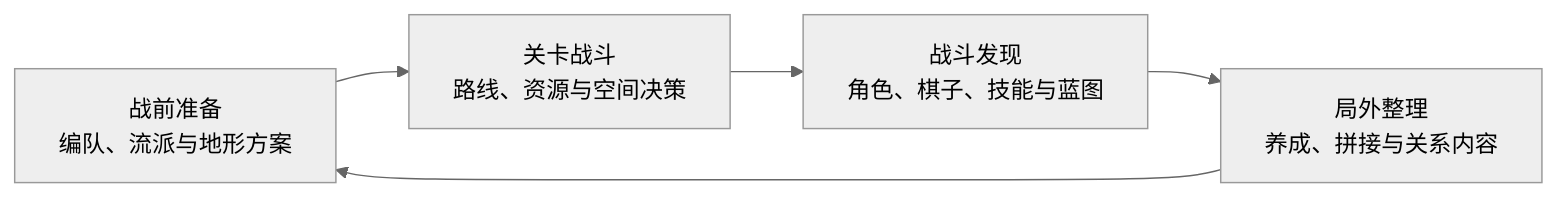
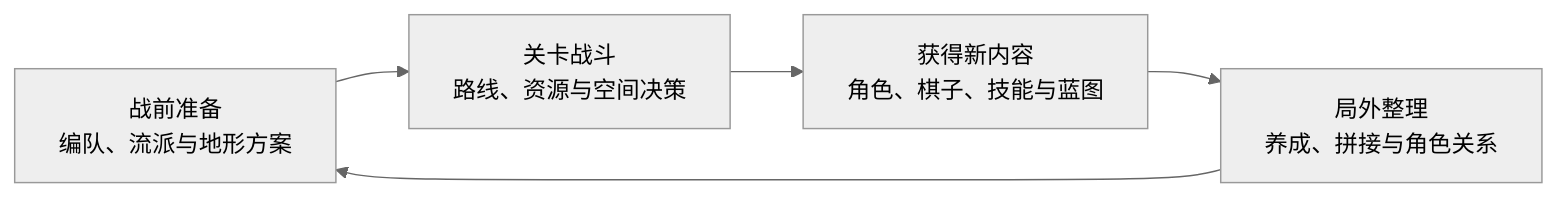
Before and after one commit to zrt13355123189-sudo/game-design-portfolio: the first of 2 diagrams in projects/terrain/01_项目概览.md, drawn with Mermaid (neutral theme). The commit also changed other lines of this file and 6 other files, not shown here.

````diff
--- a/projects/terrain/01_项目概览.md
+++ b/projects/terrain/01_项目概览.md
@@ -17,7 +25,7 @@
 ```mermaid
 flowchart LR
     A[战前准备<br/>编队、流派与地形方案] --> B[关卡战斗<br/>路线、资源与空间决策]
-    B --> C[战斗发现<br/>角色、棋子、技能与蓝图]
-    C --> D[局外整理<br/>养成、拼接与关系内容]
+    B --> C[获得新内容<br/>角色、棋子、技能与蓝图]
+    C --> D[局外整理<br/>养成、拼接与角色关系]
     D --> A
 ```
````
